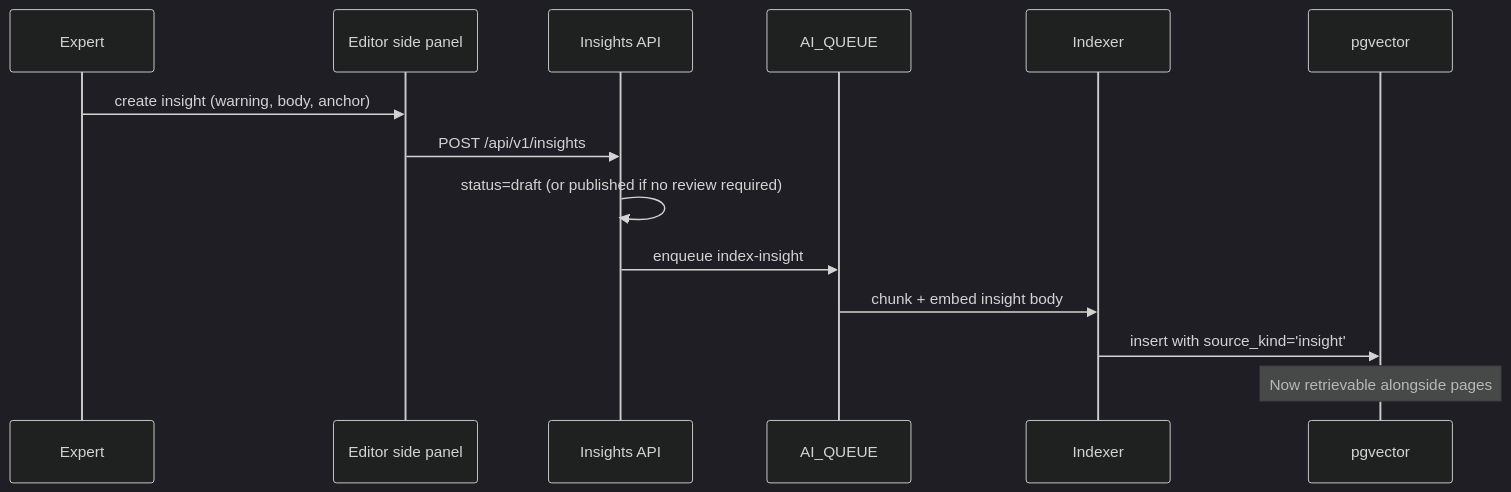
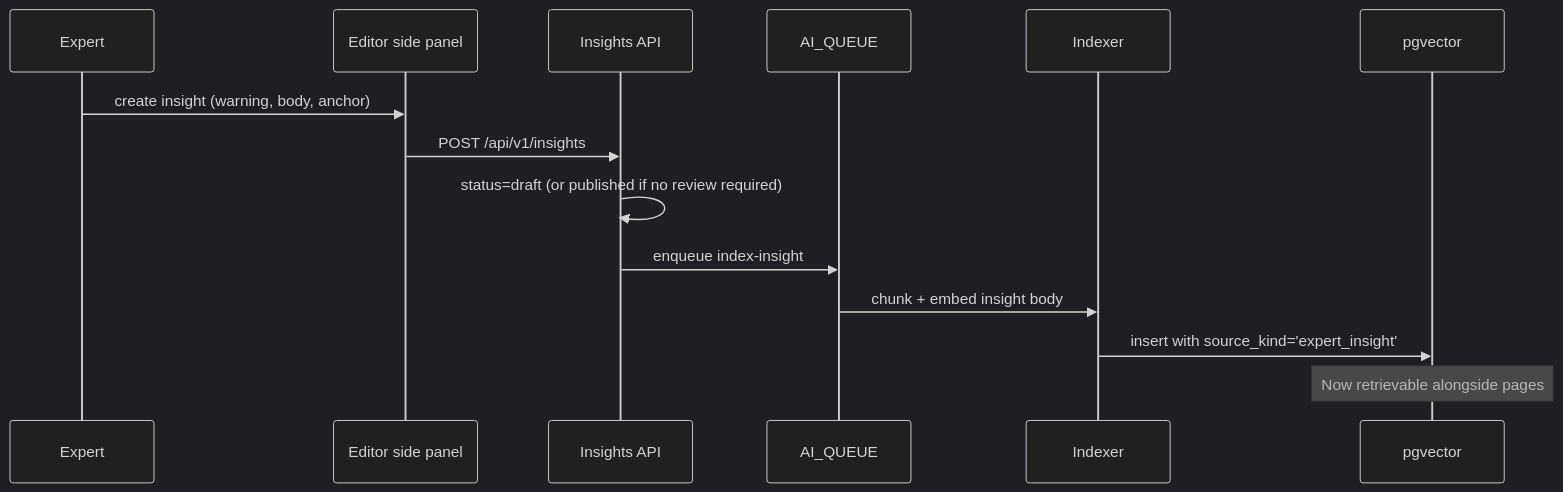
Before and after one commit to Hibaoui-Yahya/ConqrHub: the fifth of 7 diagrams in docs/conqrhub/master-plan.md, drawn with Mermaid (dark theme). The commit also changed other lines of this file and 1 other file, not shown here.

First line of the commit message:
docs(conqrhub): v2 — Expert Insights as P0 differentiator

````diff
--- a/docs/conqrhub/master-plan.md
+++ b/docs/conqrhub/master-plan.md
@@ -816,16 +840,16 @@
 ```mermaid
 sequenceDiagram
   participant E as Expert
   participant UI as Editor side panel
   participant API as Insights API
   participant Q as AI_QUEUE
   participant IDX as Indexer
   participant V as pgvector
   E->>UI: create insight (warning, body, anchor)
   UI->>API: POST /api/v1/insights
   API->>API: status=draft (or published if no review required)
   API->>Q: enqueue index-insight
   Q->>IDX: chunk + embed insight body
-  IDX->>V: insert with source_kind='insight'
+  IDX->>V: insert with source_kind='expert_insight'
   Note over V: Now retrievable alongside pages
 ```
````
